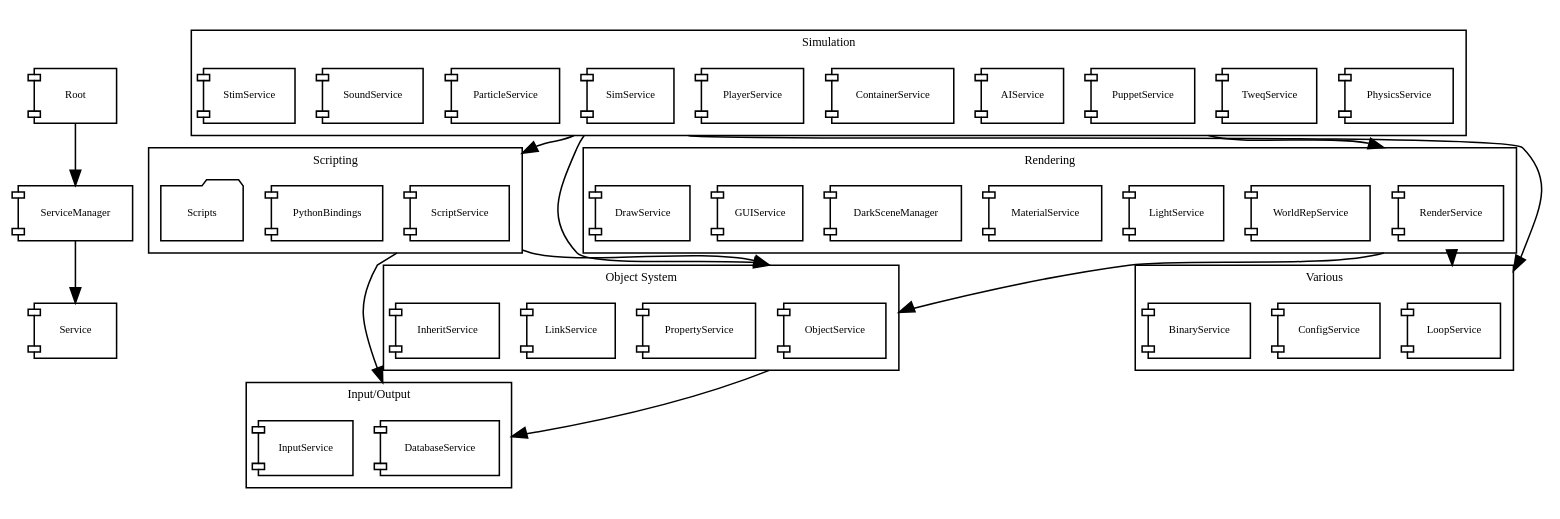
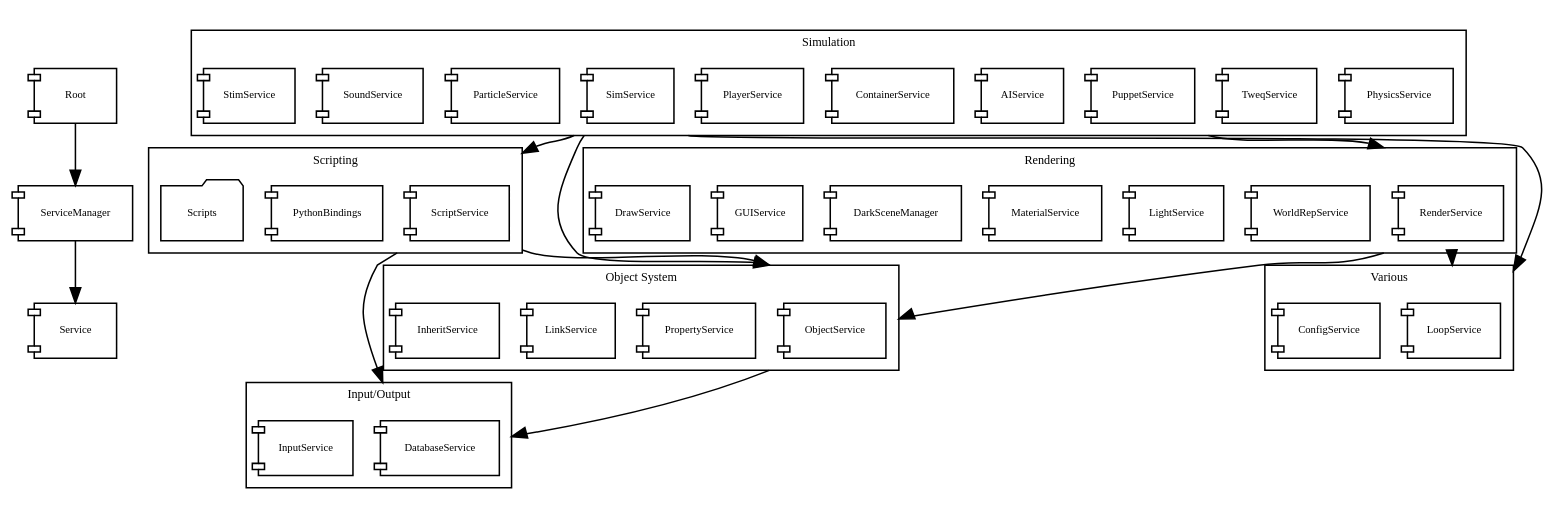
One commit to volca02/openDarkEngine changed the diagram in doc/src/overview.dot. Above: the diagram before and after it, drawn with Graphviz. The commit also changed 58 other files, not shown here.

Commit message:
Getting rid of DTypeDef and DynType. With that, also getting rid of BinaryService. Adapted field listing not to use iterator, but instead return vector of fields directly.

```diff
--- a/doc/src/overview.dot
+++ b/doc/src/overview.dot
@@ -1,106 +1,105 @@
 digraph G {
 	fontname = "Bitstream Vera Sans"
 	fontsize = 8
 	compound = true
 	size = "13,13"
 	
 	node [
 		fontname = "Bitstream Vera Sans"
 		fontsize = 7
 		shape = "component"	
 	]
 	
 	edge [
 		fontname = "Bitstream Vera Sans"
 		fontsize = 7
 	]
 	
 	Root [
 		label = "Root"
 	]
 		
 	ServiceManager [
 		label = "ServiceManager"
 	]
 		
 	Service [
 		label = "Service"
 	]	
 	
 		
 	subgraph clusterObjSys {
 		label = "Object System"
 		
 		ObjectService 
 		PropertyService
 		LinkService
 		InheritService
 	}
 	
 	subgraph clusterRender {
 		label = "Rendering"
 		
 		RenderService
 		WorldRepService
 		LightService
 		MaterialService
 		DarkSceneManager
 		GUIService
 		DrawService
 	}
 	
 	subgraph clusterIO {
 		label = "Input/Output"
 		
 		DatabaseService
 		InputService
 	}
 	
 	subgraph clusterSim {
 		label = "Simulation"
 		
 		PhysicsService
 		TweqService
 		PuppetService
 		AIService
 		ContainerService
 		PlayerService
 		SimService
 		ParticleService
 		SoundService
 		StimService
 	}
 
 	subgraph clusterScripting {
 		label = "Scripting"
 		
 		ScriptService
 		PythonBindings
 		Scripts [
 			label = "Scripts"
 			shape = "folder"
 		]
 		
 	}
 	
 	subgraph clusterVarious {
 		label = "Various"
 	
 		LoopService
 		ConfigService
-		BinaryService
 	}
 	
 	Root -> ServiceManager
 	ServiceManager -> Service
 	
 	RenderService -> ObjectService [ ltail=clusterRender lhead=clusterObjSys ]
 	RenderService -> LoopService [ ltail=clusterRender lhead=clusterVarious ]
 	ObjectService -> DatabaseService [ ltail=clusterObjSys lhead=clusterIO ]
 	SimService -> LoopService [ ltail=clusterSim lhead=clusterVarious ]
 	SimService -> ObjectService [ ltail=clusterSim lhead=clusterObjSys ]
 	SimService -> ScriptService [ ltail=clusterSim lhead=clusterScripting ]
 	PuppetService -> RenderService [ ltail=clusterSim lhead=clusterRender ]
 	ScriptService -> DatabaseService [ ltail=clusterScripting lhead=clusterIO ]
 	ScriptService -> ObjectService [ ltail=clusterScripting lhead=clusterObjSys ]
 }
```
